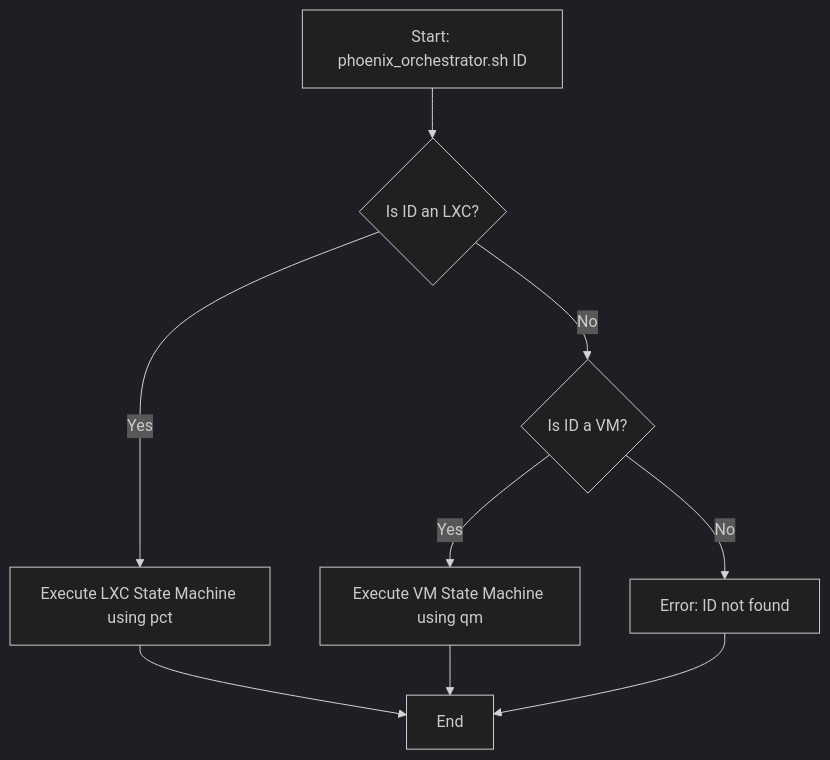
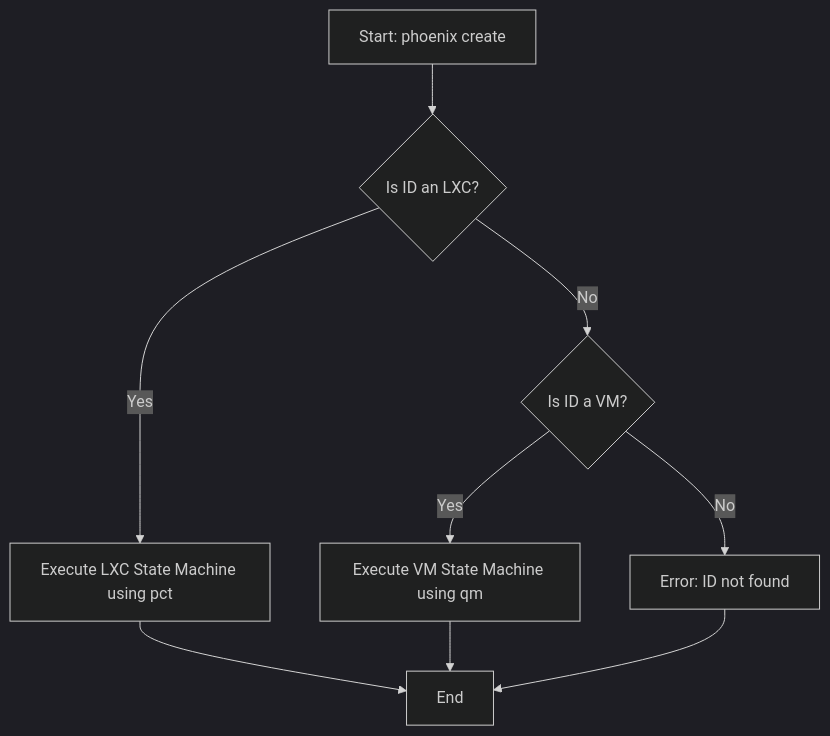
Before and after one commit to SirHeads/Testing-ideas: the diagram in Thinkheads.AI_docs/03_phoenix_hypervisor_implementation/06_project_proposals_and_requirements/VM_creation/01_architectural_summary.md, drawn with Mermaid (dark theme). The commit also changed other lines of this file and 51 other files, not shown here.

````diff
--- a/Thinkheads.AI_docs/03_phoenix_hypervisor_implementation/06_project_proposals_and_requirements/VM_creation/01_architectural_summary.md
+++ b/Thinkheads.AI_docs/03_phoenix_hypervisor_implementation/06_project_proposals_and_requirements/VM_creation/01_architectural_summary.md
@@ -57,11 +57,11 @@
 ```mermaid
 graph TD
-    A[Start: phoenix_orchestrator.sh ID] --> B{Is ID an LXC?};
+    A[Start: phoenix create <ID>] --> B{Is ID an LXC?};
     B -- Yes --> C[Execute LXC State Machine using pct];
     B -- No --> D{Is ID a VM?};
     D -- Yes --> E[Execute VM State Machine using qm];
     D -- No --> F[Error: ID not found];
     C --> G[End];
     E --> G;
     F --> G;
 ```
````
